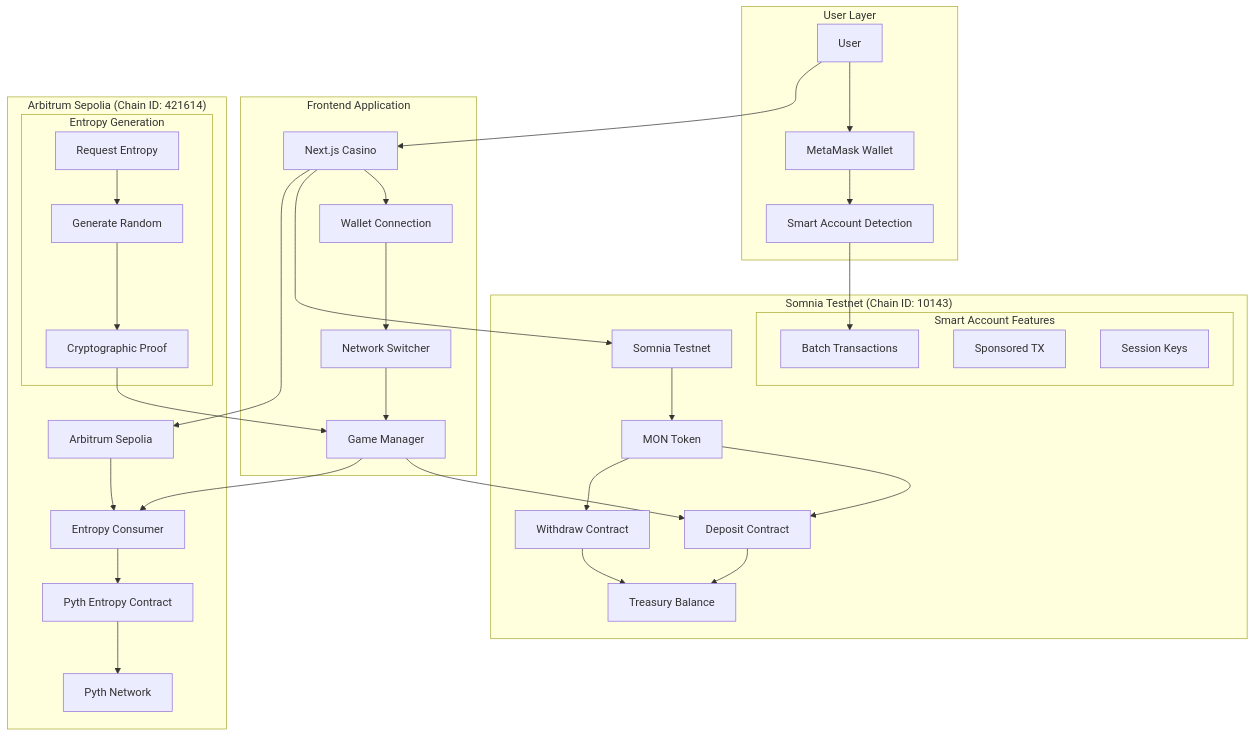
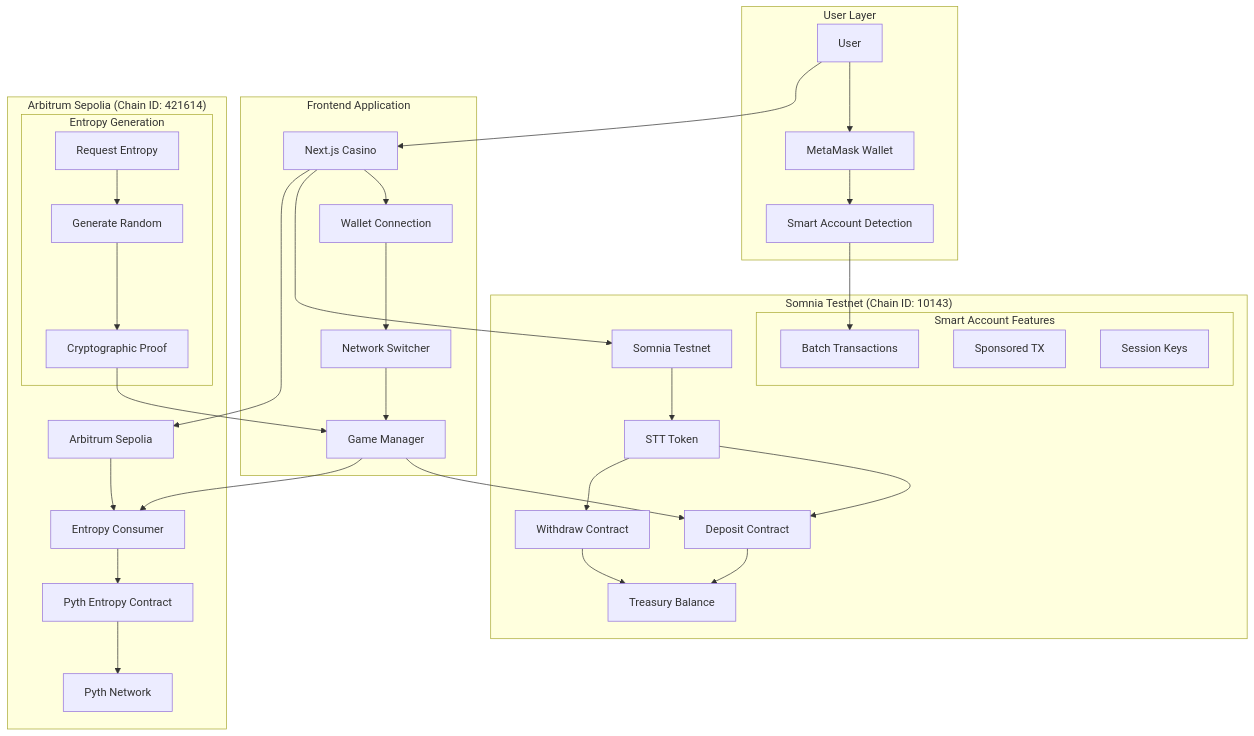
The fourth of 10 diagrams in README.md (AmaanSayyad/APT-Casino-Somnia), drawn with Mermaid before and after one commit. The commit also changed other lines of this file and 197 other files, not shown here.

````diff
--- a/README.md
+++ b/README.md
@@ -299,49 +319,49 @@
 ```mermaid
 graph TB
     subgraph User["User Layer"]
         U[User] --> W[MetaMask Wallet]
         W --> SA[Smart Account Detection]
     end
     
     subgraph Frontend["Frontend Application"]
         F[Next.js Casino] --> WC[Wallet Connection]
         WC --> NS[Network Switcher]
         NS --> GM[Game Manager]
     end
     
     subgraph Somnia TestnetNet["Somnia Testnet (Chain ID: 10143)"]
-        MT[Somnia Testnet] --> MON[MON Token]
-        MON --> DEP[Deposit Contract]
-        MON --> WITH[Withdraw Contract]
+        MT[Somnia Testnet] --> STT[STT Token]
+        STT --> DEP[Deposit Contract]
+        STT --> WITH[Withdraw Contract]
         DEP --> TB[Treasury Balance]
         WITH --> TB
         
         subgraph SmartAccount["Smart Account Features"]
             BATCH[Batch Transactions]
             SPONSOR[Sponsored TX]
             SESSION[Session Keys]
         end
     end
     
     subgraph ArbitrumNet["Arbitrum Sepolia (Chain ID: 421614)"]
         AS[Arbitrum Sepolia] --> EC[Entropy Consumer]
         EC --> PE[Pyth Entropy Contract]
         PE --> PN[Pyth Network]
         
         subgraph EntropyFlow["Entropy Generation"]
             REQ[Request Entropy]
             GEN[Generate Random]
             PROOF[Cryptographic Proof]
         end
     end
     
     U --> F
     F --> MT
     F --> AS
     GM --> DEP
     GM --> EC
     SA --> BATCH
     REQ --> GEN
     GEN --> PROOF
     PROOF --> GM
 ```
````
